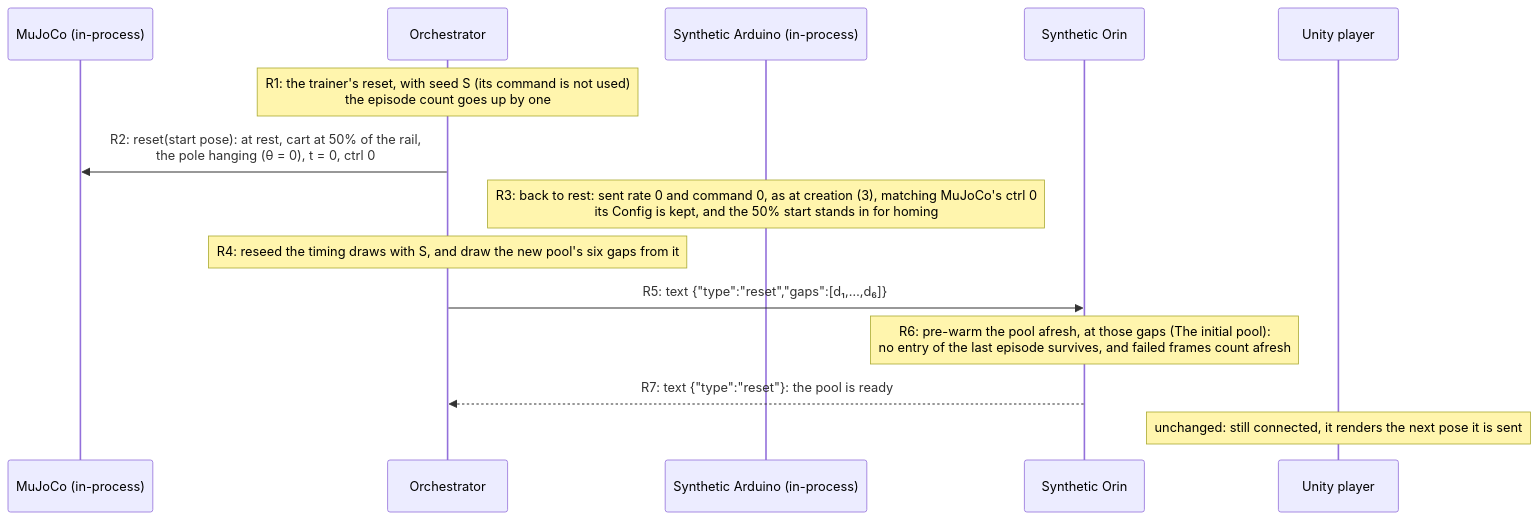
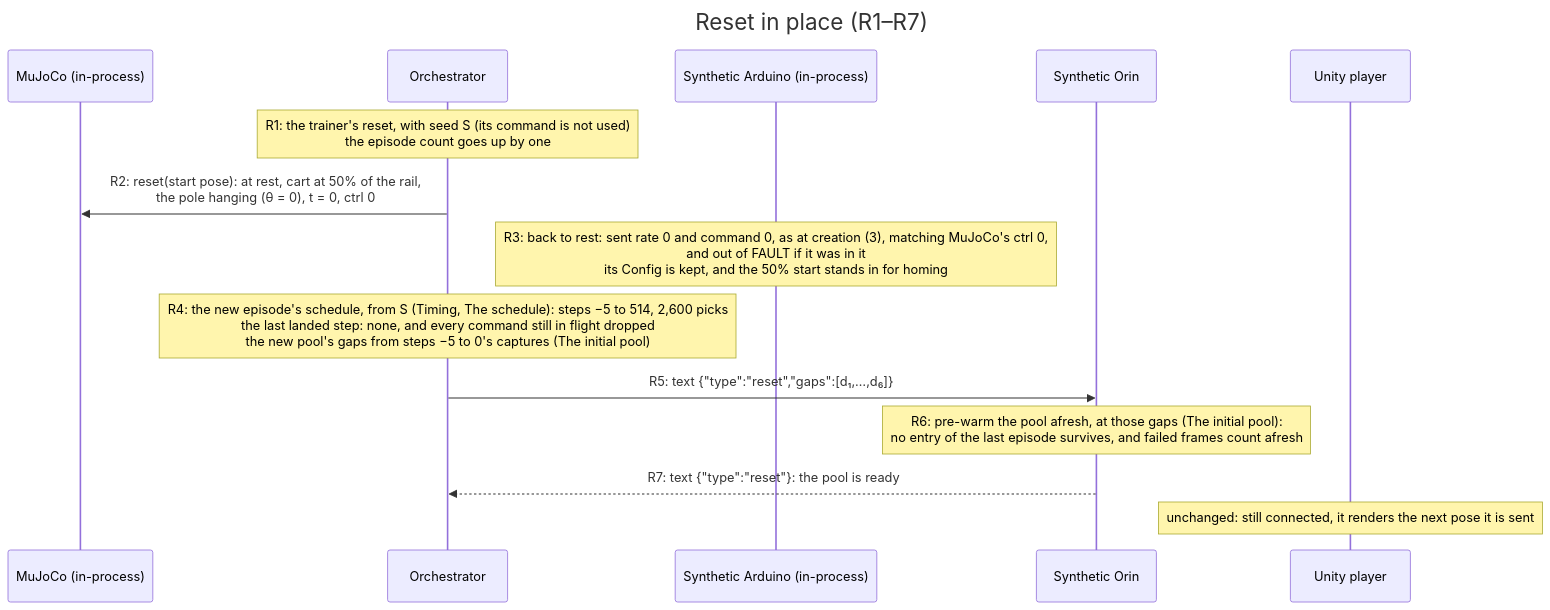
One commit to TonyMarkham/cart-pole changed the second of 3 diagrams in synthetic-loop-dia.md. Above: the diagram before and after it, drawn with Mermaid. The commit also changed other lines of this file and 962 other files, not shown here.

````diff
--- a/synthetic-loop-dia.md
+++ b/synthetic-loop-dia.md
@@ -261,16 +443,22 @@
 ```mermaid
+---
+title: Reset in place (R1–R7)
+config:
+  themeVariables:
+    fontSize: 28px
+---
 sequenceDiagram
     participant M as MuJoCo (in-process)
     participant O as Orchestrator
     participant A as Synthetic Arduino (in-process)
     participant N as Synthetic Orin
     participant U as Unity player
     Note over O: R1: the trainer's reset, with seed S (its command is not used)<br/>the episode count goes up by one
     O->>M: R2: reset(start pose): at rest, cart at 50% of the rail,<br/>the pole hanging (θ = 0), t = 0, ctrl 0
-    Note over A: R3: back to rest: sent rate 0 and command 0, as at creation (3), matching MuJoCo's ctrl 0<br/>its Config is kept, and the 50% start stands in for homing
-    Note over O: R4: reseed the timing draws with S, and draw the new pool's six gaps from it
+    Note over A: R3: back to rest: sent rate 0 and command 0, as at creation (3), matching MuJoCo's ctrl 0,<br/>and out of FAULT if it was in it<br/>its Config is kept, and the 50% start stands in for homing
+    Note over O: R4: the new episode's schedule, from S (Timing, The schedule): steps −5 to 514, 2,600 picks<br/>the last landed step: none, and every command still in flight dropped<br/>the new pool's gaps from steps −5 to 0's captures (The initial pool)
     O->>N: R5: text {"type":"reset","gaps":[d₁,…,d₆]}
     Note over N: R6: pre-warm the pool afresh, at those gaps (The initial pool):<br/>no entry of the last episode survives, and failed frames count afresh
     N-->>O: R7: text {"type":"reset"}: the pool is ready
     Note over U: unchanged: still connected, it renders the next pose it is sent
 ```
````
